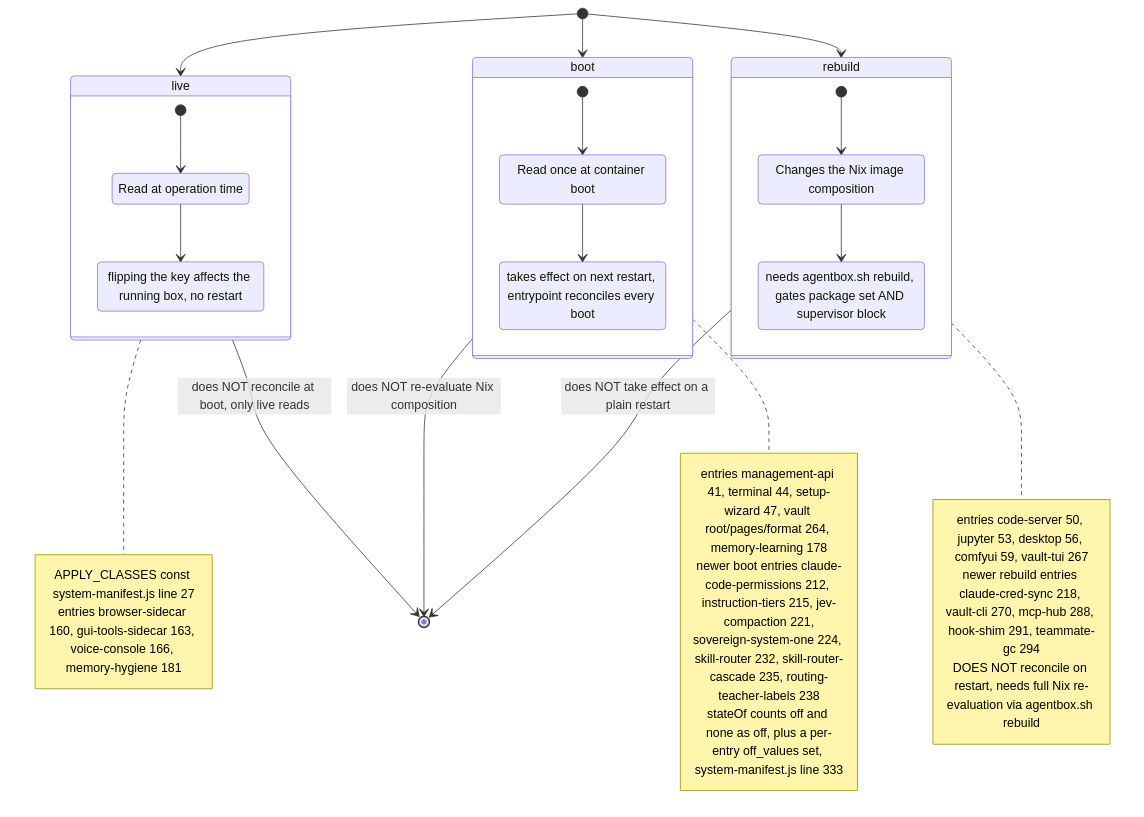
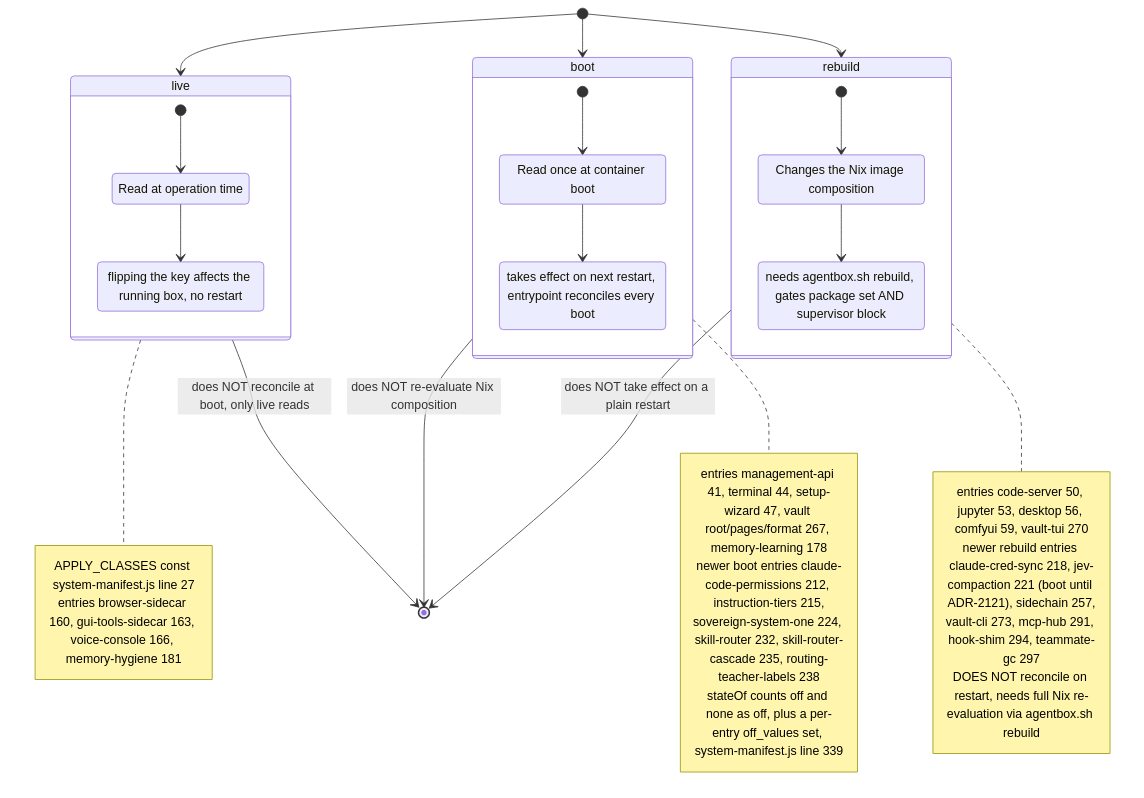
One commit to DreamLab-AI/VisionFlow changed the second of 10 diagrams in docs/diagrams/agentbox/01-nix-flake-composition.md. Above: the diagram before and after it, drawn with Mermaid. The commit also changed other lines of this file and 94 other files, not shown here.

First line of the commit message:
docs(diagrams): re-verify 130 topics against 2 October HEADs

````diff
--- a/docs/diagrams/agentbox/01-nix-flake-composition.md
+++ b/docs/diagrams/agentbox/01-nix-flake-composition.md
@@ -63,44 +74,44 @@
 ```mermaid
 stateDiagram-v2
     [*] --> live
     [*] --> boot
     [*] --> rebuild
 
     state live {
         [*] --> LiveRead
         LiveRead: Read at operation time
         LiveRead --> LiveEffect
         LiveEffect: flipping the key affects the running box, no restart
     }
     state boot {
         [*] --> BootRead
         BootRead: Read once at container boot
         BootRead --> BootEffect
         BootEffect: takes effect on next restart, entrypoint reconciles every boot
     }
     state rebuild {
         [*] --> RebuildRead
         RebuildRead: Changes the Nix image composition
         RebuildRead --> RebuildEffect
         RebuildEffect: needs agentbox.sh rebuild, gates package set AND supervisor block
     }
 
     note right of live
         APPLY_CLASSES const system-manifest.js line 27
         entries browser-sidecar 160, gui-tools-sidecar 163, voice-console 166, memory-hygiene 181
     end note
     note right of boot
-        entries management-api 41, terminal 44, setup-wizard 47, vault root/pages/format 264, memory-learning 178
-        newer boot entries claude-code-permissions 212, instruction-tiers 215, jev-compaction 221,<br/>sovereign-system-one 224, skill-router 232, skill-router-cascade 235, routing-teacher-labels 238
-        stateOf counts off and none as off, plus a per-entry off_values set, system-manifest.js line 333
+        entries management-api 41, terminal 44, setup-wizard 47, vault root/pages/format 267, memory-learning 178
+        newer boot entries claude-code-permissions 212, instruction-tiers 215,<br/>sovereign-system-one 224, skill-router 232, skill-router-cascade 235, routing-teacher-labels 238
+        stateOf counts off and none as off, plus a per-entry off_values set, system-manifest.js line 339
     end note
     note right of rebuild
-        entries code-server 50, jupyter 53, desktop 56, comfyui 59, vault-tui 267
-        newer rebuild entries claude-cred-sync 218, vault-cli 270, mcp-hub 288, hook-shim 291, teammate-gc 294
+        entries code-server 50, jupyter 53, desktop 56, comfyui 59, vault-tui 270
+        newer rebuild entries claude-cred-sync 218, jev-compaction 221 (boot until ADR-2121), sidechain 257,<br/>vault-cli 273, mcp-hub 291, hook-shim 294, teammate-gc 297
         DOES NOT reconcile on restart, needs full Nix re-evaluation via agentbox.sh rebuild
     end note
 
     live --> [*]: does NOT reconcile at boot, only live reads
     boot --> [*]: does NOT re-evaluate Nix composition
     rebuild --> [*]: does NOT take effect on a plain restart
 ```
````
